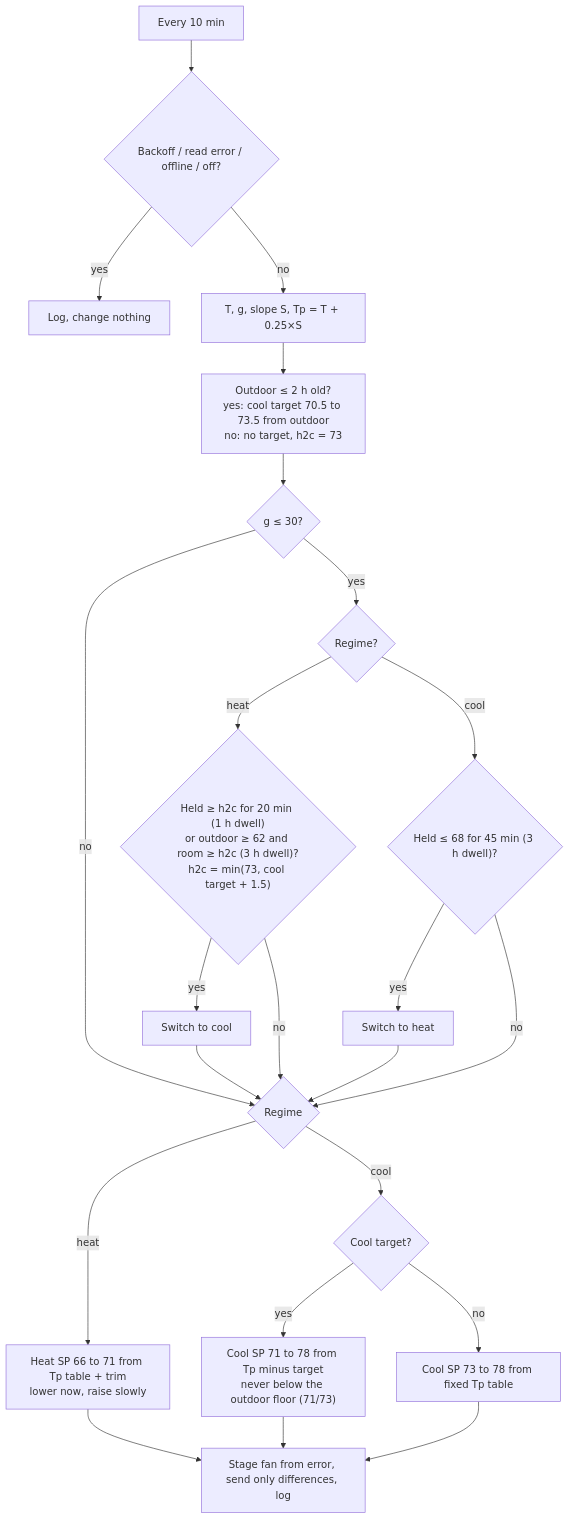
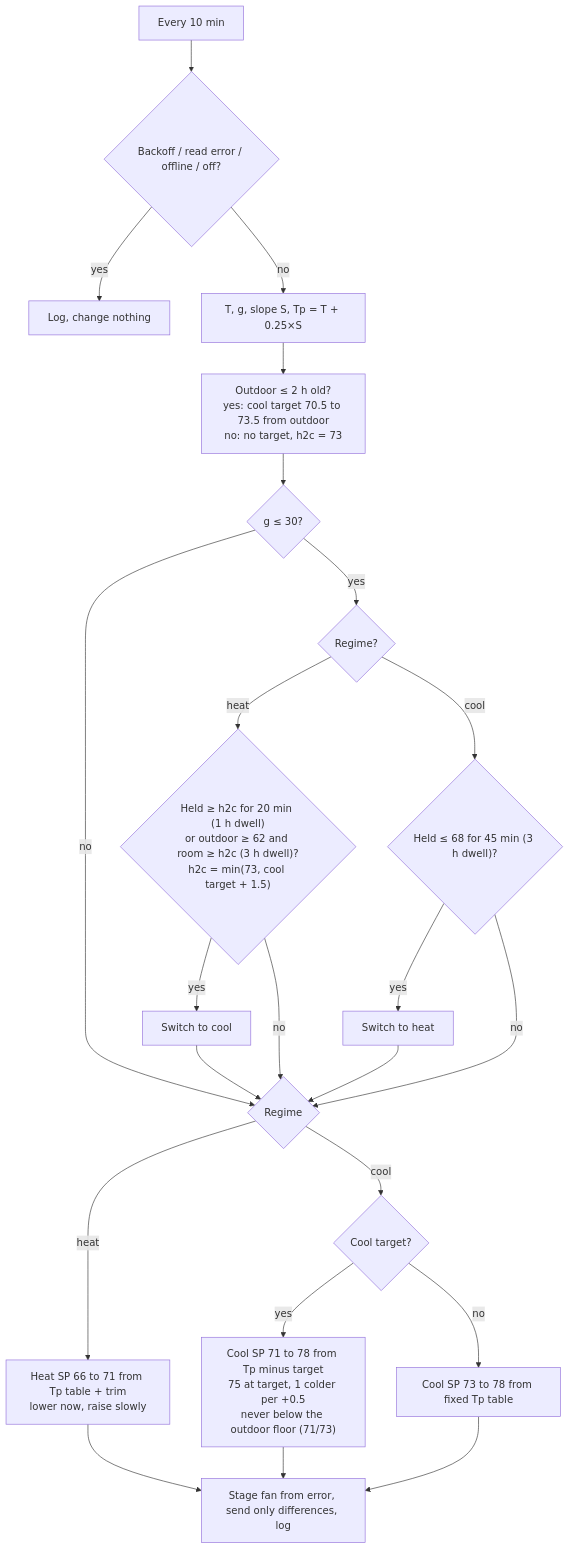
Before and after one commit to chrisperish/mitsubishi-mini-split-controller: the diagram in README.md, drawn with Mermaid. The commit also changed other lines of this file and 12 other files, not shown here.

````diff
--- a/README.md
+++ b/README.md
@@ -23,25 +23,25 @@
 ```mermaid
 flowchart TD
     A["Every 10 min"] --> B{"Backoff / read error / offline / off?"}
     B -- yes --> Z["Log, change nothing"]
     B -- no --> C["T, g, slope S, Tp = T + 0.25×S"]
     C --> O["Outdoor ≤ 2 h old?<br>yes: cool target 70.5 to 73.5 from outdoor<br>no: no target, h2c = 73"]
     O --> D{"g ≤ 30?"}
     D -- no --> H
     D -- yes --> E{"Regime?"}
     E -- heat --> F{"Held ≥ h2c for 20 min (1 h dwell)<br>or outdoor ≥ 62 and room ≥ h2c (3 h dwell)?<br>h2c = min(73, cool target + 1.5)"}
     E -- cool --> G{"Held ≤ 68 for 45 min (3 h dwell)?"}
     F -- yes --> FC["Switch to cool"]
     G -- yes --> GH["Switch to heat"]
     F -- no --> H
     G -- no --> H
     FC --> H
     GH --> H
     H{"Regime"} -- heat --> HH["Heat SP 66 to 71 from Tp table + trim<br>lower now, raise slowly"]
     H -- cool --> CC{"Cool target?"}
-    CC -- yes --> CA["Cool SP 71 to 78 from Tp minus target<br>never below the outdoor floor (71/73)"]
+    CC -- yes --> CA["Cool SP 71 to 78 from Tp minus target<br>75 at target, 1 colder per +0.5<br>never below the outdoor floor (71/73)"]
     CC -- no --> CF["Cool SP 73 to 78 from fixed Tp table"]
     HH --> S["Stage fan from error, send only differences, log"]
     CA --> S
     CF --> S
 ```
````
